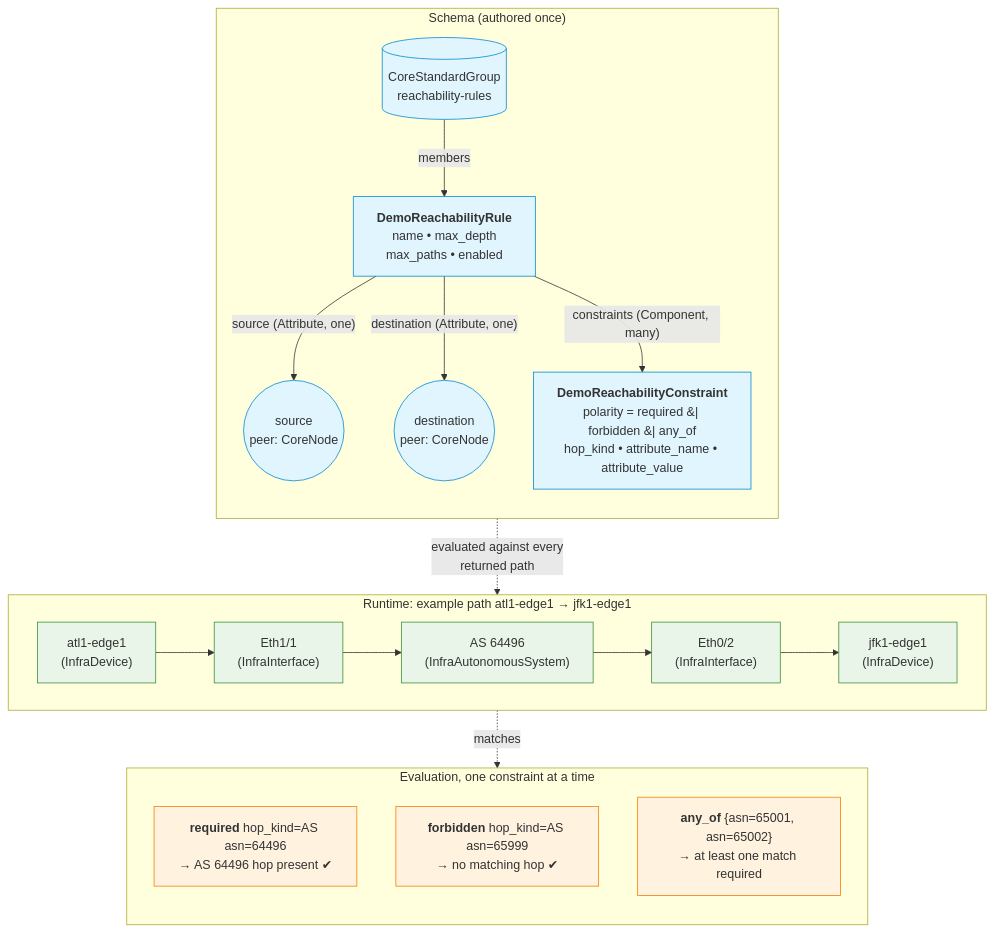
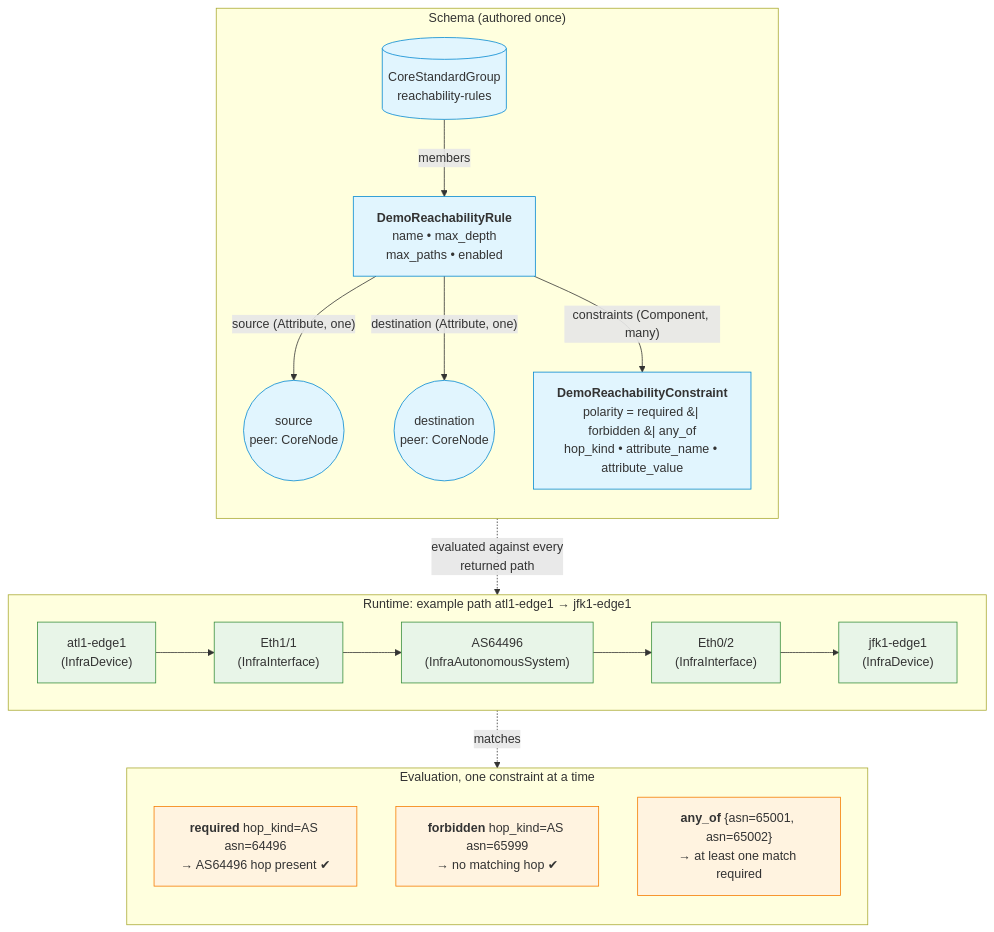
One commit to opsmill/infrahub-demo-reachability-check changed the second of 2 diagrams in README.md. Above: the diagram before and after it, drawn with Mermaid. The commit also changed other lines of this file and 12 other files, not shown here.

````diff
--- a/README.md
+++ b/README.md
@@ -141,40 +141,40 @@
 ```mermaid
 graph TB
     subgraph SCH ["Schema (authored once)"]
         direction TB
         Group[("CoreStandardGroup<br/>reachability-rules")]
         Rule["<b>DemoReachabilityRule</b><br/>name • max_depth<br/>max_paths • enabled"]
         Constraint["<b>DemoReachabilityConstraint</b><br/>polarity = required &#124; forbidden &#124; any_of<br/>hop_kind • attribute_name • attribute_value"]
         Source(("source<br/>peer: CoreNode"))
         Dest(("destination<br/>peer: CoreNode"))
         Group -- members --> Rule
         Rule -- "source (Attribute, one)" --> Source
         Rule -- "destination (Attribute, one)" --> Dest
         Rule -- "constraints (Component, many)" --> Constraint
     end
 
     subgraph RUN ["Runtime: example path atl1-edge1 → jfk1-edge1"]
         direction LR
         H0["atl1-edge1<br/>(InfraDevice)"] --> H1["Eth1/1<br/>(InfraInterface)"]
-        H1 --> H2["AS 64496<br/>(InfraAutonomousSystem)"]
+        H1 --> H2["AS64496<br/>(InfraAutonomousSystem)"]
         H2 --> H3["Eth0/2<br/>(InfraInterface)"]
         H3 --> H4["jfk1-edge1<br/>(InfraDevice)"]
     end
 
     subgraph EVAL ["Evaluation, one constraint at a time"]
         direction TB
-        Req["<b>required</b> hop_kind=AS asn=64496<br/>→ AS 64496 hop present ✔"]
+        Req["<b>required</b> hop_kind=AS asn=64496<br/>→ AS64496 hop present ✔"]
         Fbd["<b>forbidden</b> hop_kind=AS asn=65999<br/>→ no matching hop ✔"]
         Anyo["<b>any_of</b> {asn=65001, asn=65002}<br/>→ at least one match required"]
     end
 
     Constraint -. "evaluated against every<br/>returned path" .-> RUN
     H2 -. "matches" .-> Req
 
     classDef schema fill:#e1f5fe,stroke:#0288d1
     classDef runtime fill:#e8f5e8,stroke:#388e3c
     classDef eval fill:#fff3e0,stroke:#f57c00
     class Group,Rule,Constraint,Source,Dest schema
     class H0,H1,H2,H3,H4 runtime
     class Req,Fbd,Anyo eval
 ```
````
